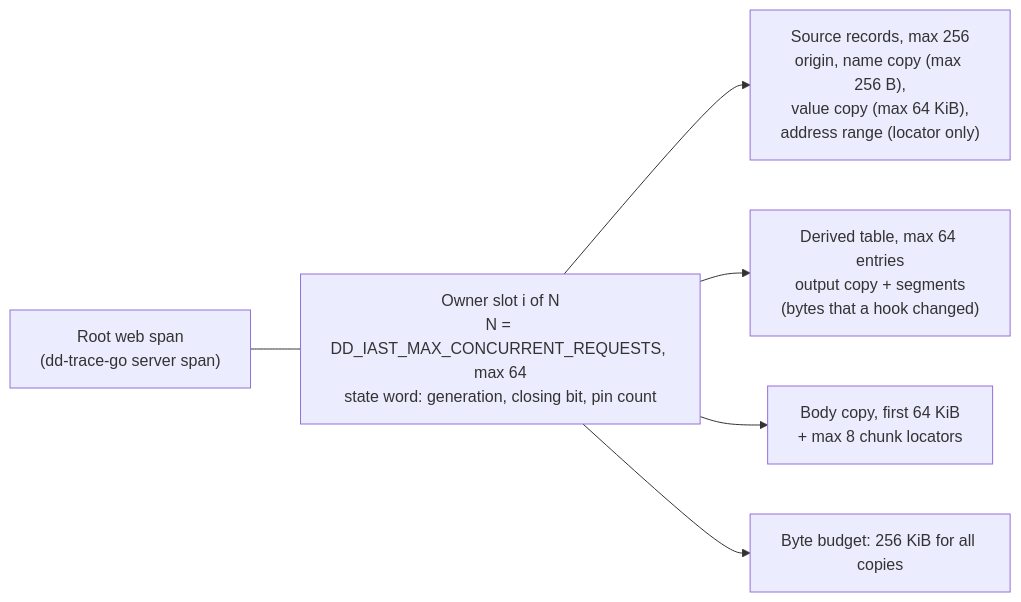
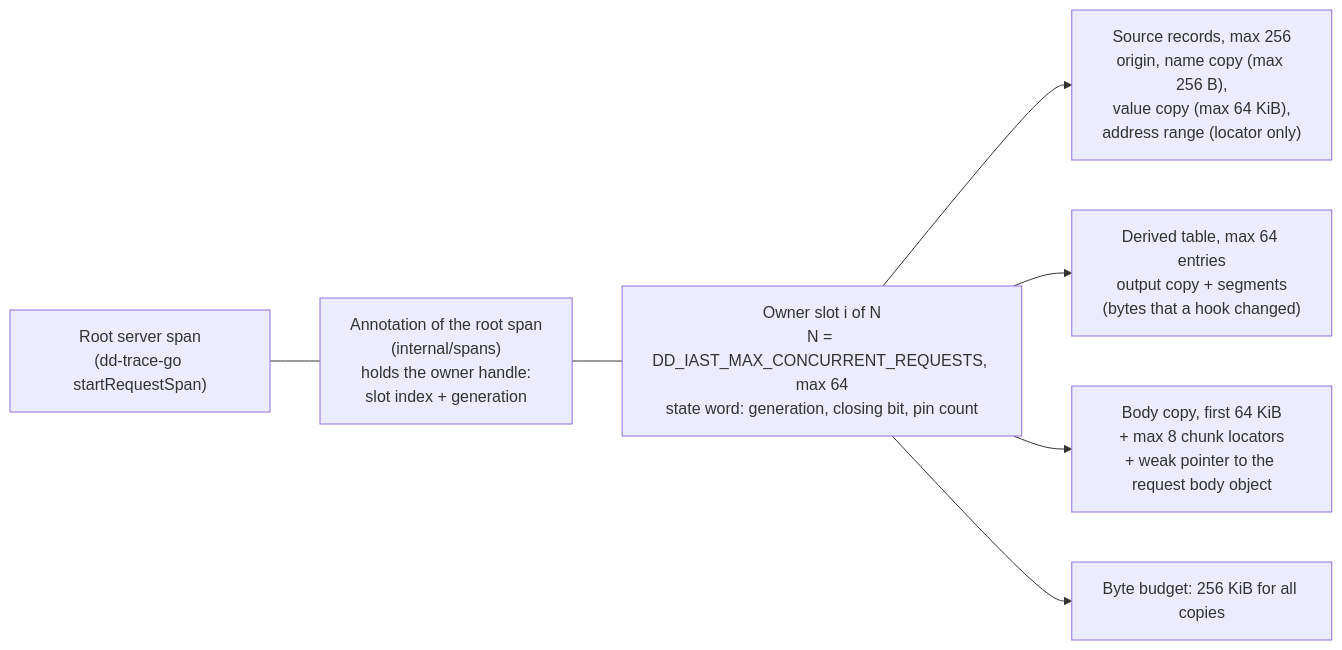
The third of 7 diagrams in _docs/design/taint-tracking-v0.md (DataDog/dd-iast-go), drawn with Mermaid before and after one commit. The commit also changed other lines of this file, not shown here.

First line of the commit message:
docs(design): v2 of the approach after the first challenge round

````diff
--- a/_docs/design/taint-tracking-v0.md
+++ b/_docs/design/taint-tracking-v0.md
@@ -188,8 +274,9 @@
 ```mermaid
 flowchart LR
-  RS["Root web span<br/>(dd-trace-go server span)"] --- OW["Owner slot i of N<br/>N = DD_IAST_MAX_CONCURRENT_REQUESTS, max 64<br/>state word: generation, closing bit, pin count"]
+  RS["Root server span<br/>(dd-trace-go startRequestSpan)"] --- ANN["Annotation of the root span<br/>(internal/spans)<br/>holds the owner handle:<br/>slot index + generation"]
+  ANN --- OW["Owner slot i of N<br/>N = DD_IAST_MAX_CONCURRENT_REQUESTS, max 64<br/>state word: generation, closing bit, pin count"]
   OW --> SR["Source records, max 256<br/>origin, name copy (max 256 B),<br/>value copy (max 64 KiB),<br/>address range (locator only)"]
   OW --> DT["Derived table, max 64 entries<br/>output copy + segments<br/>(bytes that a hook changed)"]
-  OW --> BC["Body copy, first 64 KiB<br/>+ max 8 chunk locators"]
+  OW --> BC["Body copy, first 64 KiB<br/>+ max 8 chunk locators<br/>+ weak pointer to the request body object"]
   OW --> BUD["Byte budget: 256 KiB for all copies"]
 ```
````
